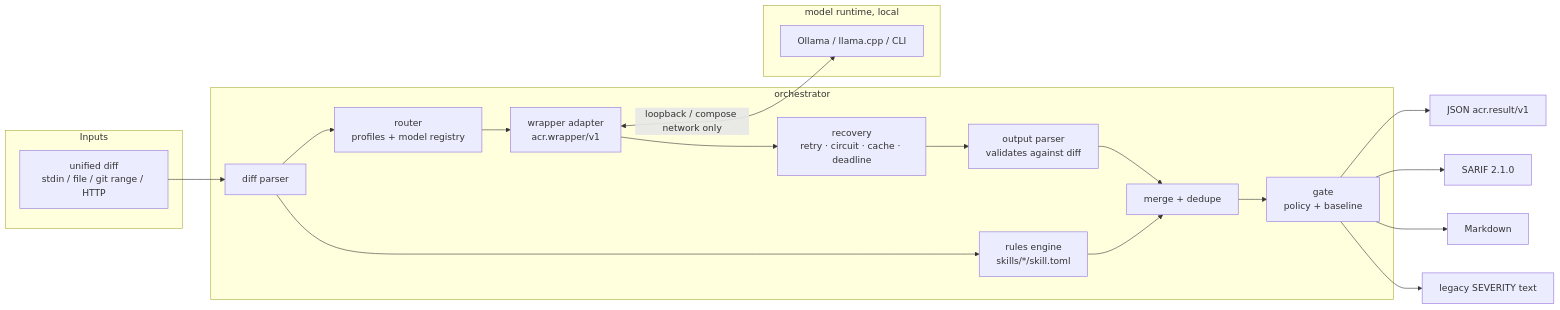
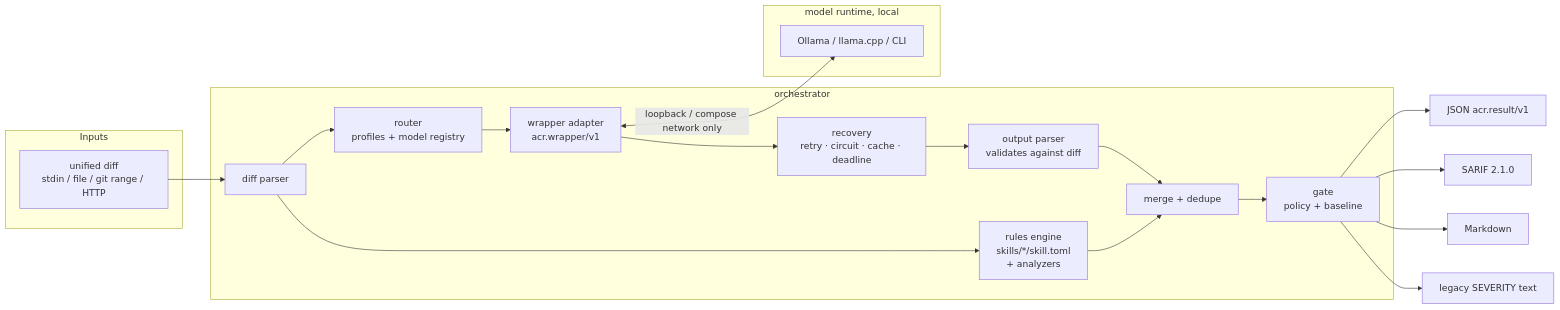
One commit to munafsheikh/ai-code-reviewers changed the first of 3 diagrams in docs/architecture/overview.md. Above: the diagram before and after it, drawn with Mermaid. The commit also changed other lines of this file and 4 other files, not shown here.

````diff
--- a/docs/architecture/overview.md
+++ b/docs/architecture/overview.md
@@ -5,25 +5,25 @@
 ```mermaid
 flowchart LR
   subgraph Inputs
     D[unified diff<br/>stdin / file / git range / HTTP]
   end
   subgraph Engine[orchestrator]
-    P[diff parser] --> R[rules engine<br/>skills/*/skill.toml]
+    P[diff parser] --> R[rules engine<br/>skills/*/skill.toml<br/>+ analyzers]
     P --> RT[router<br/>profiles + model registry]
     RT --> W[wrapper adapter<br/>acr.wrapper/v1]
     W --> REC[recovery<br/>retry · circuit · cache · deadline]
     R --> M[merge + dedupe]
     REC --> PA[output parser<br/>validates against diff]
     PA --> M
     M --> G[gate<br/>policy + baseline]
   end
   subgraph Runtime[model runtime, local]
     O[Ollama / llama.cpp / CLI]
   end
   W <-->|loopback / compose network only| O
   G --> J[JSON acr.result/v1]
   G --> S[SARIF 2.1.0]
   G --> MD[Markdown]
   G --> L[legacy SEVERITY text]
   D --> P
 ```
````
